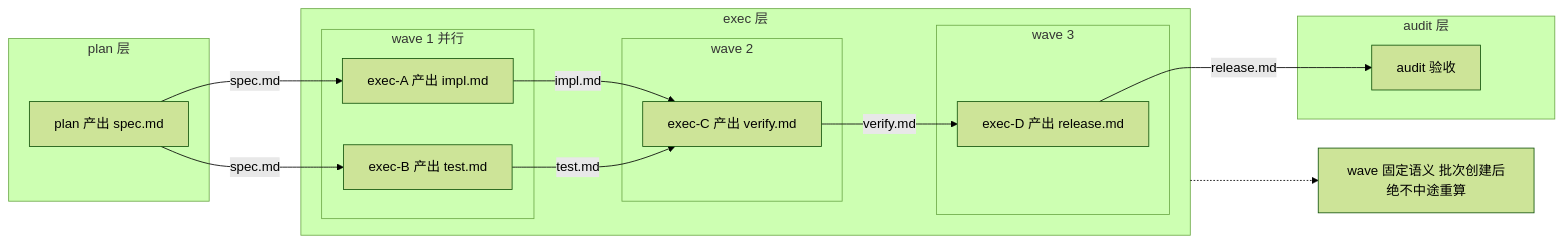
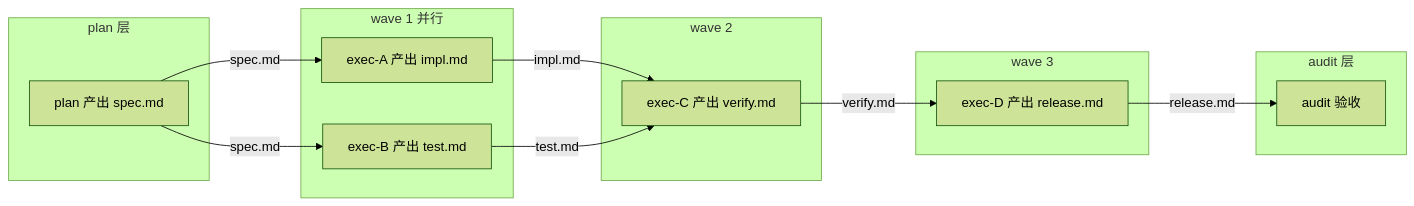
Before and after one commit to Punky971210/dsh-punky-swarm: the first of 3 diagrams in README.md, drawn with Mermaid (forest theme). The commit also changed 2 other files, not shown here.

Commit message:
docs: flatten nested subgraph in waveplan mermaid (github render fix)

````diff
--- a/README.md
+++ b/README.md
@@ -48,29 +48,25 @@
 ```mermaid
 flowchart LR
   subgraph PLAN[plan 层]
     P["plan 产出 spec.md"]
   end
-  subgraph EXEC[exec 层]
-    subgraph W1[wave 1 并行]
-      A1["exec-A 产出 impl.md"]
-      A2["exec-B 产出 test.md"]
-    end
-    subgraph W2[wave 2]
-      A3["exec-C 产出 verify.md"]
-    end
-    subgraph W3[wave 3]
-      A4["exec-D 产出 release.md"]
-    end
+  subgraph W1[wave 1 并行]
+    A1["exec-A 产出 impl.md"]
+    A2["exec-B 产出 test.md"]
+  end
+  subgraph W2[wave 2]
+    A3["exec-C 产出 verify.md"]
+  end
+  subgraph W3[wave 3]
+    A4["exec-D 产出 release.md"]
   end
   subgraph AUDIT[audit 层]
     AU["audit 验收"]
   end
   P -->|"spec.md"| A1
   P -->|"spec.md"| A2
   A1 -->|"impl.md"| A3
   A2 -->|"test.md"| A3
   A3 -->|"verify.md"| A4
   A4 -->|"release.md"| AU
-  NOTE["wave 固定语义 批次创建后绝不中途重算"]
-  EXEC -.-> NOTE
 ```
````
